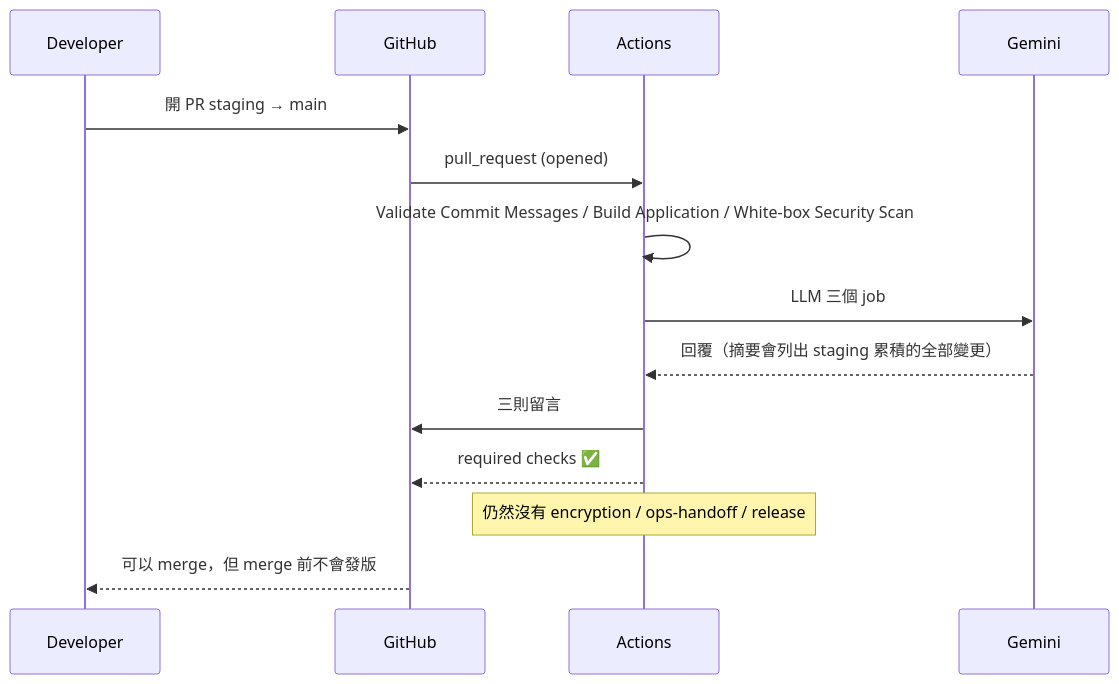
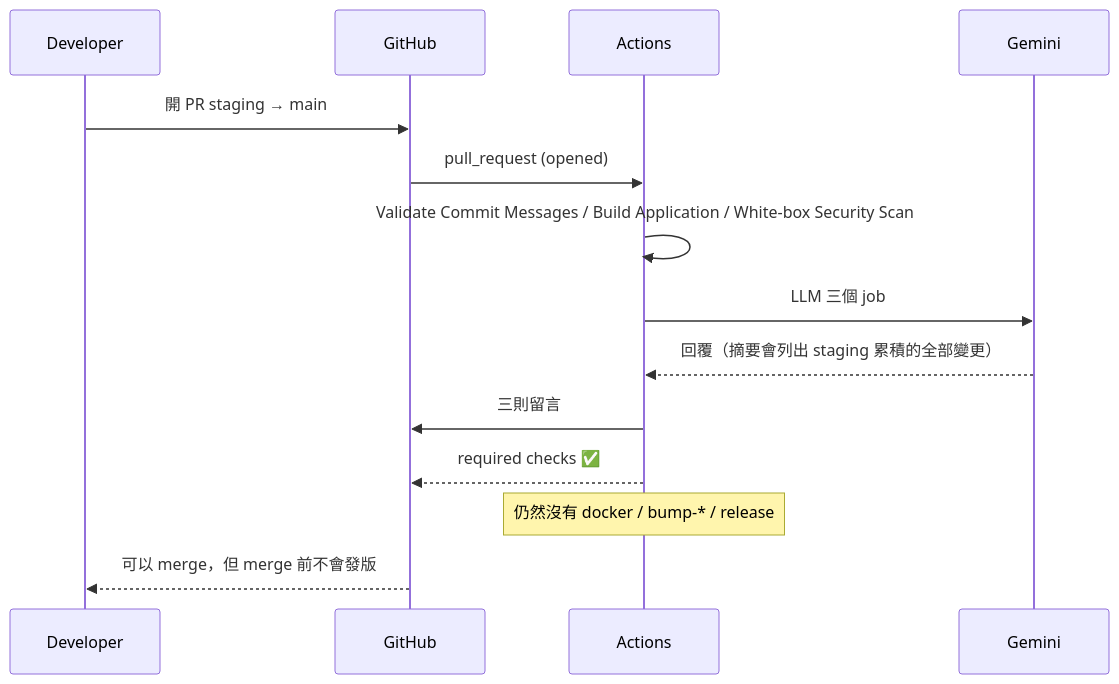
The eighth of 20 diagrams in docs/use-cases.md (liaooliver/notes), drawn with Mermaid before and after one commit. The commit also changed other lines of this file, not shown here.

First line of the commit message:
docs(use-cases): 補上 GitOps 那半邊，並修掉過期的 job 與檔案路徑

````diff
--- a/docs/use-cases.md
+++ b/docs/use-cases.md
@@ -345,16 +374,16 @@
 ```mermaid
 sequenceDiagram
     participant D as Developer
     participant G as GitHub
     participant A as Actions
     participant M as Gemini
     D->>G: 開 PR staging → main
     G->>A: pull_request (opened)
     A->>A: Validate Commit Messages / Build Application / White-box Security Scan
     A->>M: LLM 三個 job
     M-->>A: 回覆（摘要會列出 staging 累積的全部變更）
     A->>G: 三則留言
     A-->>G: required checks ✅
-    Note over A: 仍然沒有 encryption / ops-handoff / release
+    Note over A: 仍然沒有 docker / bump-* / release
     G-->>D: 可以 merge，但 merge 前不會發版
 ```
````
